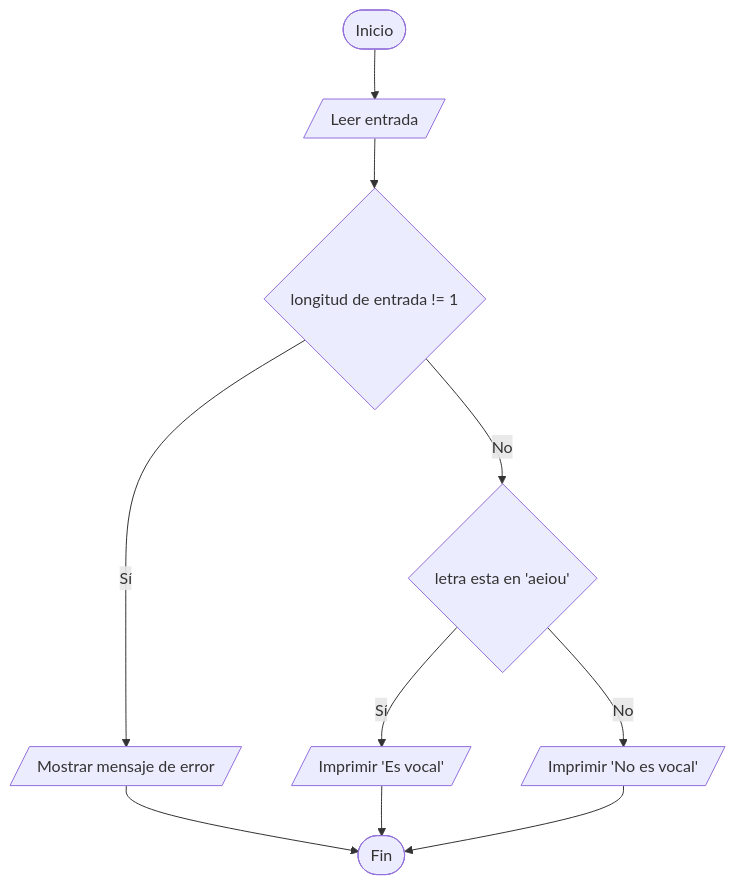
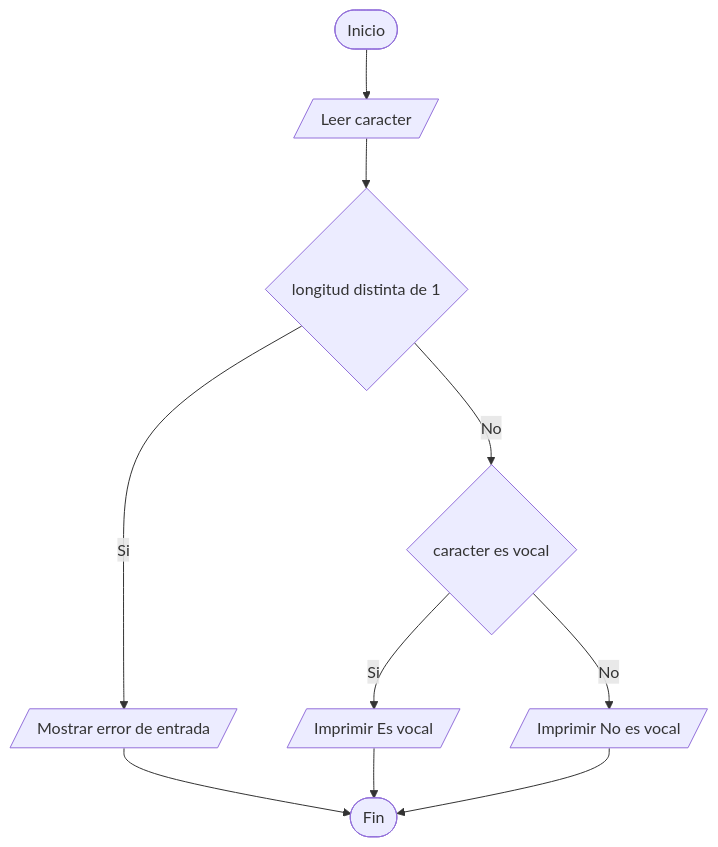
The sixth of 9 diagrams in diagramas.md (leslyquintero-eng/Taller-Condicionales-UTP), drawn with Mermaid before and after one commit. The commit also changed other lines of this file, not shown here.

Commit message:
Update flowchart text for clarity and consistency

````diff
--- a/diagramas.md
+++ b/diagramas.md
@@ -70,12 +69,12 @@
 ```mermaid
 graph TD
-    A([Inicio]) --> B[/Leer entrada/]
-    B --> C{longitud de entrada != 1}
-    C -- Sí --> D[/Mostrar mensaje de error/]
-    C -- No --> E{letra esta en 'aeiou'}
-    E -- Sí --> F[/Imprimir 'Es vocal'/]
-    E -- No --> G[/Imprimir 'No es vocal'/]
+    A([Inicio]) --> B[/Leer caracter/]
+    B --> C{longitud distinta de 1}
+    C -- Si --> D[/Mostrar error de entrada/]
+    C -- No --> E{caracter es vocal}
+    E -- Si --> F[/Imprimir Es vocal/]
+    E -- No --> G[/Imprimir No es vocal/]
     D --> H([Fin])
     F --> H
     G --> H
 ```
````
